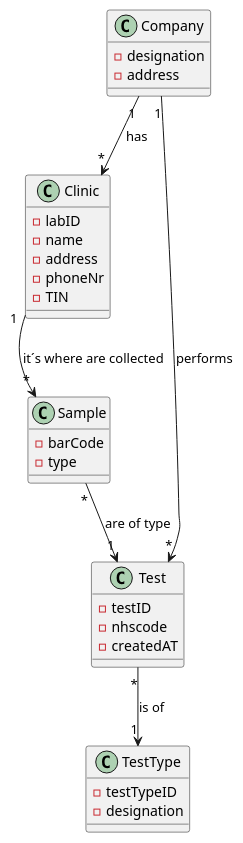
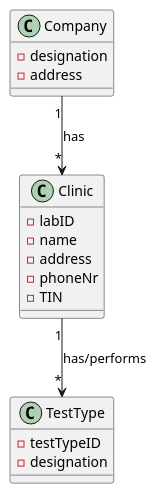
One commit to jsmarques98/LAPR2-ISEP changed the diagram in docs/SprintB/US8/RelevantDM_US8.puml. Above: the diagram before and after it, drawn with PlantUML. The commit also changed 3 other files, not shown here.

```diff
--- a/docs/SprintB/US8/RelevantDM_US8.puml
+++ b/docs/SprintB/US8/RelevantDM_US8.puml
@@ -1,39 +1,28 @@
 @startuml
 'https://plantuml.com/class-diagram
 
 Company "1" --> "*" Clinic : has
-Clinic "1" --> "*" Sample : it´s where are collected
-Company "1" --> "*" Test : performs
-Test "*" --> "1" TestType : is of
-Sample "*" --> "1" Test : are of type
+Clinic "1" --> "*" TestType : has/performs
+
+
 
 class Company {
 - designation
 - address
 }
 
 class TestType {
 - testTypeID
 - designation
 }
 
 class Clinic{
 - labID
 - name
 - address
 - phoneNr
 - TIN
 }
 
-class Sample{
-- barCode
-- type
-}
-
-class Test{
-- testID
-- nhscode
-- createdAT
-}
 
 @enduml
```
